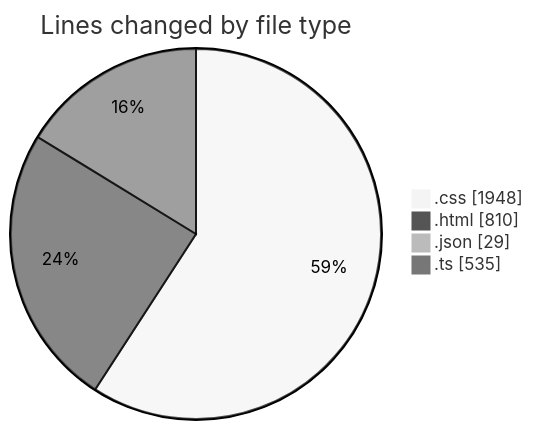
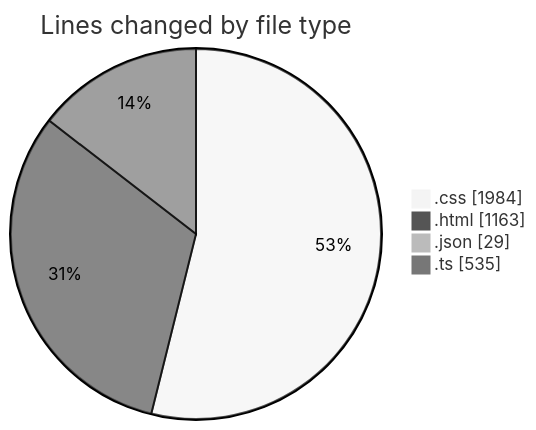
One commit to igalym/code-tracking changed the first of 2 diagrams in 2025-12-30/budget_front_nest/README.md. Above: the diagram before and after it, drawn with Mermaid (neutral theme). The commit also changed other lines of this file and 1 other file, not shown here.

````diff
--- a/2025-12-30/budget_front_nest/README.md
+++ b/2025-12-30/budget_front_nest/README.md
@@ -31,8 +32,8 @@
 ```mermaid
 pie showData
 title Lines changed by file type
-".css" : 1948
-".html" : 810
+".css" : 1984
+".html" : 1163
 ".json" : 29
 ".ts" : 535
 ```
````
